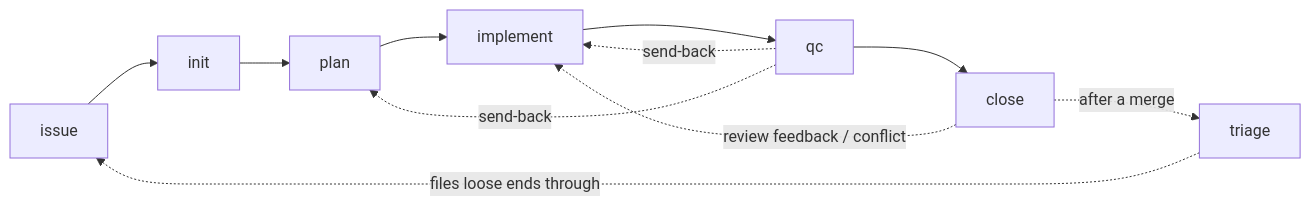
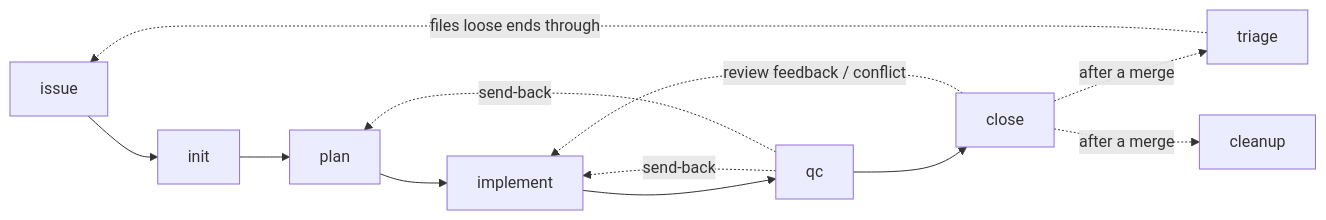
The diagram in docs/skills.md (kbajpai/codeo), drawn with Mermaid before and after one commit. The commit also changed other lines of this file and 45 other files, not shown here.

First line of the commit message:
feat: guard the home-only skills against finished issue containers, print removal commands at close, and add a print-only /codeo:cleanup (#109)

````diff
--- a/docs/skills.md
+++ b/docs/skills.md
@@ -9,9 +9,10 @@
 ```mermaid
 flowchart LR
     issue --> init --> plan --> implement --> qc --> close
     qc -. send-back .-> implement
     qc -. send-back .-> plan
     close -. review feedback / conflict .-> implement
     triage -. files loose ends through .-> issue
     close -. after a merge .-> triage
+    close -. after a merge .-> cleanup
 ```
````
